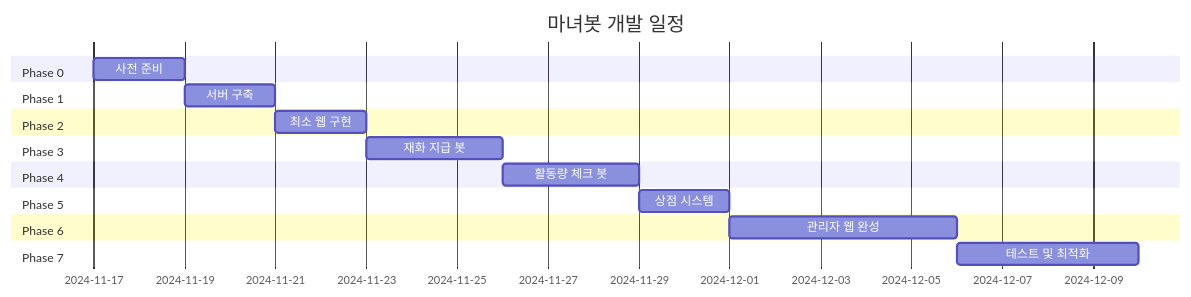
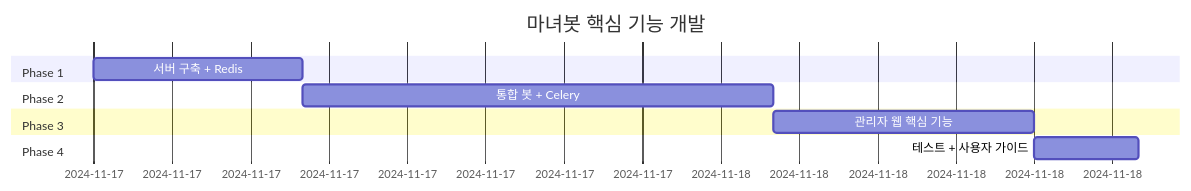
One commit to NinoNinoNinoling/commumanager changed the diagram in docs/로드맵.md. Above: the diagram before and after it, drawn with Mermaid. The commit also changed other lines of this file and 4 other files, not shown here.

````diff
--- a/docs/로드맵.md
+++ b/docs/로드맵.md
@@ -5,21 +9,13 @@
 ```mermaid
 gantt
-    title 마녀봇 개발 일정
+    title 마녀봇 핵심 기능 개발
     dateFormat  YYYY-MM-DD
-    section Phase 0
-    사전 준비           :p0, 2024-11-17, 2d
     section Phase 1
-    서버 구축           :p1, after p0, 2d
+    서버 구축 + Redis      :p1, 2024-11-17, 8h
     section Phase 2
-    최소 웹 구현        :p2, after p1, 2d
+    통합 봇 + Celery       :p2, after p1, 18h
     section Phase 3
-    재화 지급 봇        :p3, after p2, 3d
+    관리자 웹 핵심 기능    :p3, after p2, 10h
     section Phase 4
-    활동량 체크 봇      :p4, after p3, 3d
-    section Phase 5
-    상점 시스템         :p5, after p4, 2d
-    section Phase 6
-    관리자 웹 완성      :p6, after p5, 5d
-    section Phase 7
-    테스트 및 최적화    :p7, after p6, 4d
+    테스트 + 사용자 가이드 :p4, after p3, 4h
 ```
````
